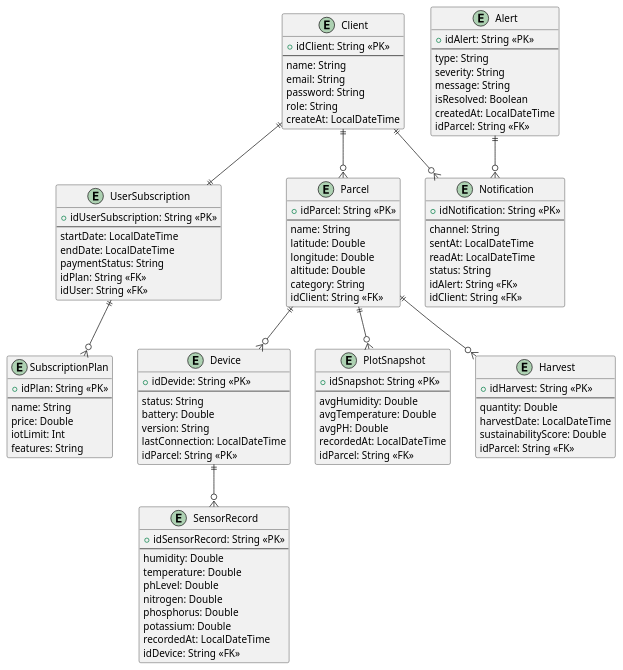
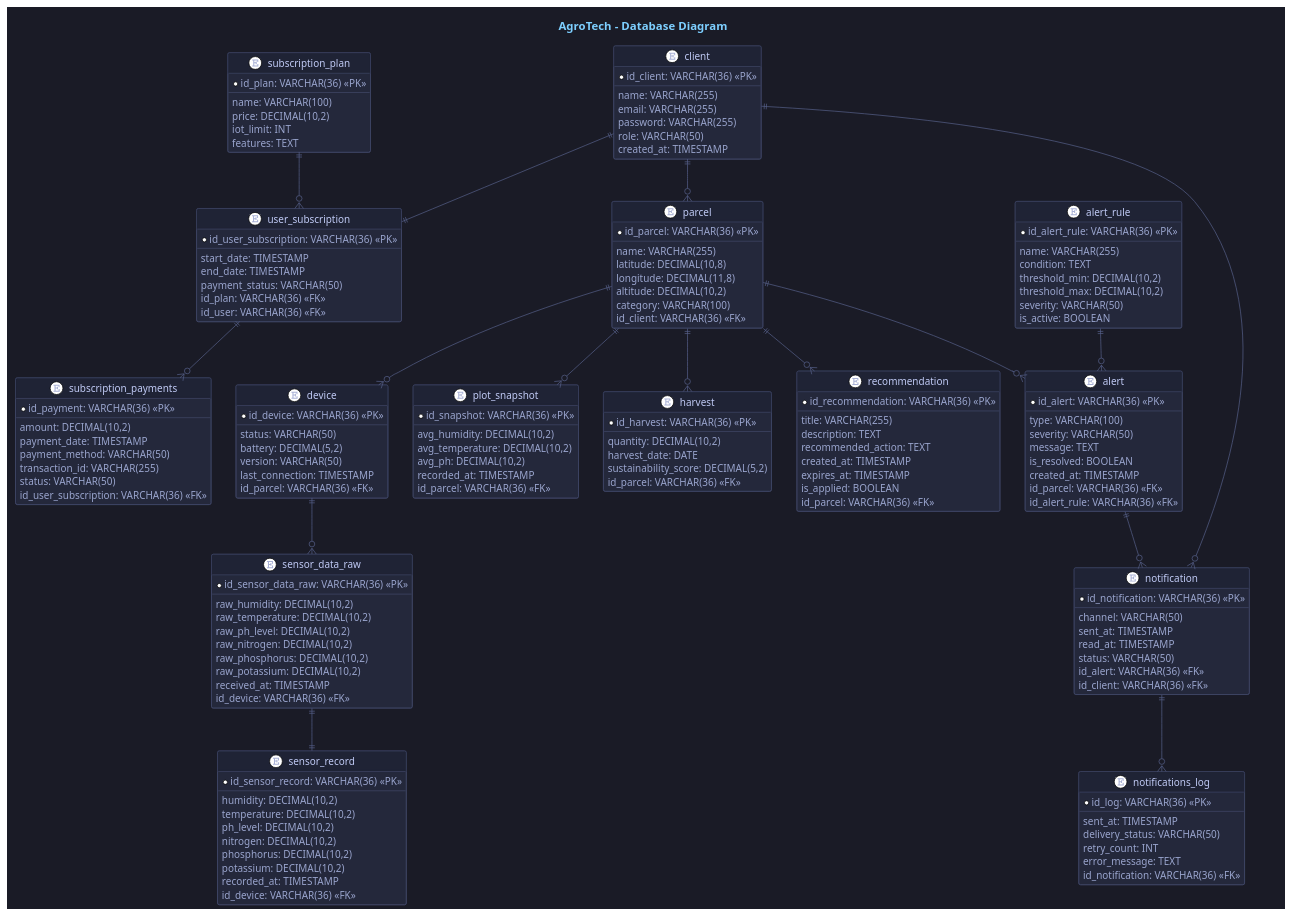
One commit to 1ASI0730-10215-NovaTech-TerraTech/upc-pre-202610-1asi0730-10215-NovaTech-report changed the diagram in report/48-database-diagram.md. Above: the diagram before and after it, drawn with PlantUML. The commit also changed other lines of this file and 2 other files, not shown here.

Commit message:
docs: update system architecture diagrams

````diff
--- a/report/48-database-diagram.md
+++ b/report/48-database-diagram.md
@@ -5,147 +5,233 @@
 ```plantuml
 @startuml
-'||--For business--||
-entity Client{
-+idClient: String <<PK>>
----
-name: String
-email: String
-password: String
-role: String
-createAt: LocalDateTime
+!theme plain
+
+' ==================== DARK THEME CONFIGURATION ====================
+skinparam backgroundColor #1A1B26
+skinparam defaultFontColor #A9B1D6
+skinparam classFontColor #C0CAF5
+skinparam classAttributeFontColor #9AA5CE
+skinparam class {
+    BackgroundColor #24283B
+    BorderColor #414868
+    HeaderBackgroundColor #1F2335
+    HeaderFontColor #7DCFFF
+    FontColor #C0CAF5
 }
 
-entity SubscriptionPlan{
-+idPlan: String <<PK>>
----
-name: String
-price: Double
-iotLimit: Int
-features: String
+skinparam stereotype {
+    BackgroundColor #1A1B26
+    BorderColor #565F89
+    FontColor #7DCFFF
 }
 
-entity UserSubscription{
-+idUserSubscription: String <<PK>>
----
-startDate: LocalDateTime
-endDate: LocalDateTime
-paymentStatus: String
-idPlan: String <<FK>>
-idUser: String <<FK>>
+skinparam arrow {
+    Color #565F89
+    FontColor #787C99
+    Thickness 1
+}
+
+skinparam note {
+    BackgroundColor #24283B
+    BorderColor #414868
+    FontColor #A9B1D6
 }
 
 
+title <color:#7DCFFF><size:16>AgroTech - Database Diagram</size></color>
 
-
-
-'||---This is phisic---||
-entity Parcel
-{
-+idParcel: String <<PK>>
+'||-- Business layer --||
+entity client {
++id_client: VARCHAR(36) <<PK>>
 ---
-name: String
-latitude: Double
-longitude: Double
-altitude: Double
-category: String
-idClient: String <<FK>>
+name: VARCHAR(255)
+email: VARCHAR(255)
+password: VARCHAR(255)
+role: VARCHAR(50)
+created_at: TIMESTAMP
 }
 
-entity Device{
-+idDevide: String <<PK>>
+entity subscription_plan {
++id_plan: VARCHAR(36) <<PK>>
 ---
-status: String
-battery: Double
-version: String
-lastConnection: LocalDateTime
-idParcel: String <<PK>>
+name: VARCHAR(100)
+price: DECIMAL(10,2)
+iot_limit: INT
+features: TEXT
 }
 
-
-
-
-
-'||---Data to Analytics---||
-entity SensorRecord{
-+idSensorRecord: String <<PK>>
+entity user_subscription {
++id_user_subscription: VARCHAR(36) <<PK>>
 ---
-humidity: Double
-temperature: Double
-phLevel: Double
-nitrogen: Double
-phosphorus: Double
-potassium: Double
-recordedAt: LocalDateTime
-idDevice: String <<FK>>
+start_date: TIMESTAMP
+end_date: TIMESTAMP
+payment_status: VARCHAR(50)
+id_plan: VARCHAR(36) <<FK>>
+id_user: VARCHAR(36) <<FK>>
 }
 
-entity PlotSnapshot{
-+idSnapshot: String <<PK>>
+'||-- Physical layer --||
+entity parcel {
++id_parcel: VARCHAR(36) <<PK>>
 ---
-avgHumidity: Double
-avgTemperature: Double
-avgPH: Double
-recordedAt: LocalDateTime
-idParcel: String <<FK>>
+name: VARCHAR(255)
+latitude: DECIMAL(10,8)
+longitude: DECIMAL(11,8)
+altitude: DECIMAL(10,2)
+category: VARCHAR(100)
+id_client: VARCHAR(36) <<FK>>
 }
 
-
-
-
-
-'||---Operation Outcomes---||
-entity Harvest{
-+idHarvest: String <<PK>>
+entity device {
++id_device: VARCHAR(36) <<PK>>
 ---
-quantity: Double
-harvestDate: LocalDateTime
-sustainabilityScore: Double
-idParcel: String <<FK>>
+status: VARCHAR(50)
+battery: DECIMAL(5,2)
+version: VARCHAR(50)
+last_connection: TIMESTAMP
+id_parcel: VARCHAR(36) <<FK>>
 }
 
-
-
-
-
-' --- Alerts & Notifications ---
-entity Alert {
-+idAlert: String <<PK>>
+'||-- Raw data --||
+entity sensor_data_raw {
++id_sensor_data_raw: VARCHAR(36) <<PK>>
 ---
-type: String
-severity: String
-message: String
-isResolved: Boolean
-createdAt: LocalDateTime
-idParcel: String <<FK>>
+raw_humidity: DECIMAL(10,2)
+raw_temperature: DECIMAL(10,2)
+raw_ph_level: DECIMAL(10,2)
+raw_nitrogen: DECIMAL(10,2)
+raw_phosphorus: DECIMAL(10,2)
+raw_potassium: DECIMAL(10,2)
+received_at: TIMESTAMP
+id_device: VARCHAR(36) <<FK>>
 }
 
-entity Notification {
-+idNotification: String <<PK>>
+'||-- Analytics data --||
+entity sensor_record {
++id_sensor_record: VARCHAR(36) <<PK>>
 ---
-channel: String
-sentAt: LocalDateTime
-readAt: LocalDateTime
-status: String
-idAlert: String <<FK>>
-idClient: String <<FK>>
+humidity: DECIMAL(10,2)
+temperature: DECIMAL(10,2)
+ph_level: DECIMAL(10,2)
+nitrogen: DECIMAL(10,2)
+phosphorus: DECIMAL(10,2)
+potassium: DECIMAL(10,2)
+recorded_at: TIMESTAMP
+id_device: VARCHAR(36) <<FK>>
 }
 
+entity plot_snapshot {
++id_snapshot: VARCHAR(36) <<PK>>
+---
+avg_humidity: DECIMAL(10,2)
+avg_temperature: DECIMAL(10,2)
+avg_ph: DECIMAL(10,2)
+recorded_at: TIMESTAMP
+id_parcel: VARCHAR(36) <<FK>>
+}
 
+'||-- Outcomes --||
+entity harvest {
++id_harvest: VARCHAR(36) <<PK>>
+---
+quantity: DECIMAL(10,2)
+harvest_date: DATE
+sustainability_score: DECIMAL(5,2)
+id_parcel: VARCHAR(36) <<FK>>
+}
 
+'||-- Alerts & rules --||
+entity alert_rule {
++id_alert_rule: VARCHAR(36) <<PK>>
+---
+name: VARCHAR(255)
+condition: TEXT
+threshold_min: DECIMAL(10,2)
+threshold_max: DECIMAL(10,2)
+severity: VARCHAR(50)
+is_active: BOOLEAN
+}
 
+entity alert {
++id_alert: VARCHAR(36) <<PK>>
+---
+type: VARCHAR(100)
+severity: VARCHAR(50)
+message: TEXT
+is_resolved: BOOLEAN
+created_at: TIMESTAMP
+id_parcel: VARCHAR(36) <<FK>>
+id_alert_rule: VARCHAR(36) <<FK>>
+}
 
-'||---Relations---||
-Client ||--o{ Parcel
-Client ||--|| UserSubscription
+entity notification {
++id_notification: VARCHAR(36) <<PK>>
+---
+channel: VARCHAR(50)
+sent_at: TIMESTAMP
+read_at: TIMESTAMP
+status: VARCHAR(50)
+id_alert: VARCHAR(36) <<FK>>
+id_client: VARCHAR(36) <<FK>>
+}
 
-Parcel ||--o{ Device
-Parcel ||--o{ PlotSnapshot
+'||-- Recommendations --||
+entity recommendation {
++id_recommendation: VARCHAR(36) <<PK>>
+---
+title: VARCHAR(255)
+description: TEXT
+recommended_action: TEXT
+created_at: TIMESTAMP
+expires_at: TIMESTAMP
+is_applied: BOOLEAN
+id_parcel: VARCHAR(36) <<FK>>
+}
 
-Device ||--o{ SensorRecord
-UserSubscription ||--o{ SubscriptionPlan
+'||-- Subscription payments log --||
+entity subscription_payments {
++id_payment: VARCHAR(36) <<PK>>
+---
+amount: DECIMAL(10,2)
+payment_date: TIMESTAMP
+payment_method: VARCHAR(50)
+transaction_id: VARCHAR(255)
+status: VARCHAR(50)
+id_user_subscription: VARCHAR(36) <<FK>>
+}
 
-Alert ||--o{ Notification
-Client ||--o{ Notification
-Parcel ||--o{ Harvest
+'||-- Notifications log --||
+entity notifications_log {
++id_log: VARCHAR(36) <<PK>>
+---
+sent_at: TIMESTAMP
+delivery_status: VARCHAR(50)
+retry_count: INT
+error_message: TEXT
+id_notification: VARCHAR(36) <<FK>>
+}
+
+'||-- Relations --||
+client ||--o{ parcel
+client ||--|| user_subscription
+client ||--o{ notification
+
+subscription_plan ||--o{ user_subscription
+
+parcel ||--o{ device
+parcel ||--o{ plot_snapshot
+parcel ||--o{ harvest
+parcel ||--o{ alert
+parcel ||--o{ recommendation
+
+device ||--o{ sensor_data_raw
+sensor_data_raw ||--|| sensor_record
+
+alert_rule ||--o{ alert
+alert ||--o{ notification
+
+user_subscription ||--o{ subscription_payments
+notification ||--o{ notifications_log
+
 @enduml
 ```
````
